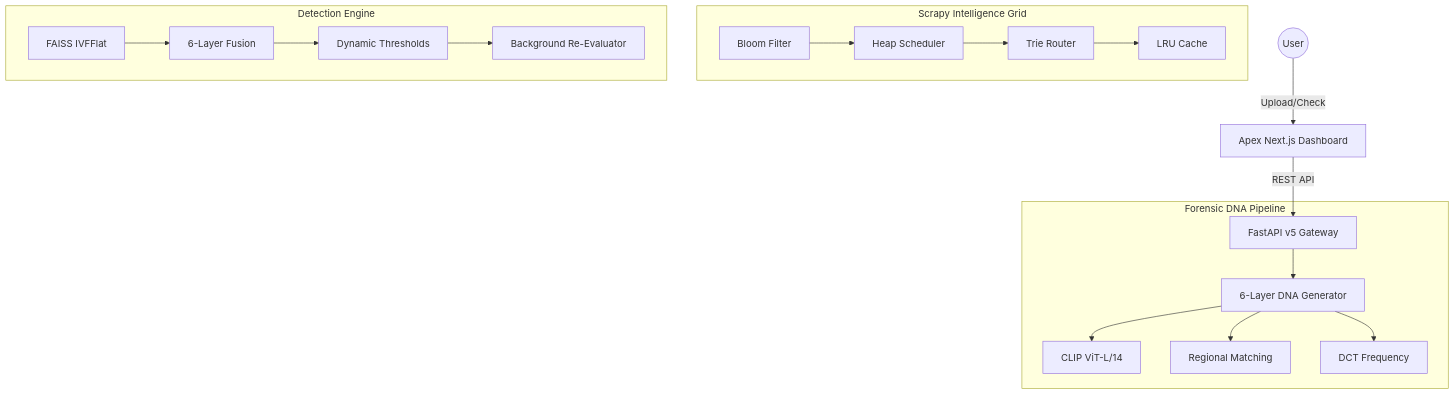
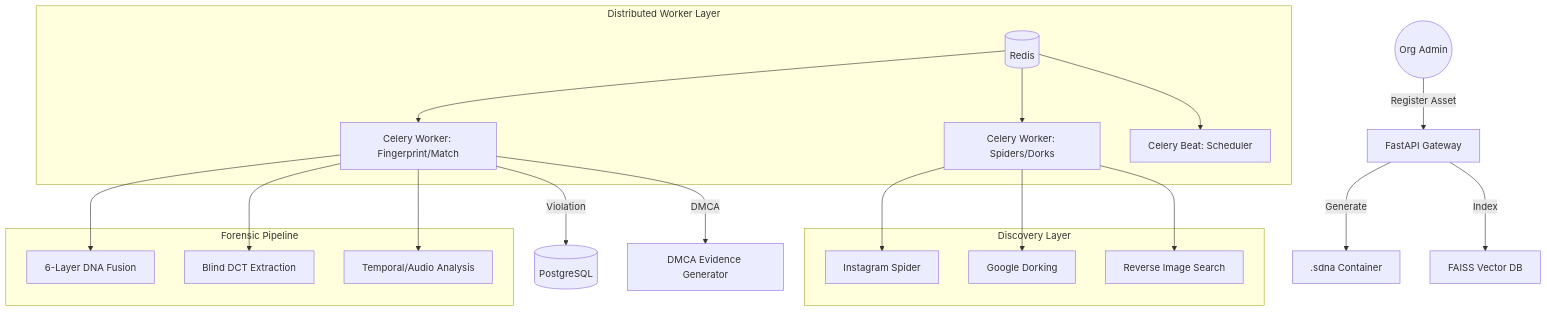
Before and after one commit to shinchxn/Real-Time-tracking: the diagram in README.md, drawn with Mermaid. The commit also changed other lines of this file and 222 other files, not shown here.

Commit message:
Upgrade to v7.1: Analog Hole Defense, .sdna containers, and Distributed Worker Architecture

````diff
--- a/README.md
+++ b/README.md
@@ -61,24 +40,27 @@
 ```mermaid
 graph TD
-    User((User)) -->|Upload/Check| UI[Apex Next.js Dashboard]
-    UI -->|REST API| API[FastAPI v5 Gateway]
+    User((Org Admin)) -->|Register Asset| API[FastAPI Gateway]
+    API -->|Generate| SDNA[.sdna Container]
+    API -->|Index| FAISS[FAISS Vector DB]
     
-    subgraph "Scrapy Intelligence Grid"
-        Bloom[Bloom Filter] --> Sched[Heap Scheduler]
-        Sched --> Trie[Trie Router]
-        Trie --> LRU[LRU Cache]
+    subgraph "Distributed Worker Layer"
+        Redis[(Redis)] --> Worker[Celery Worker: Fingerprint/Match]
+        Redis --> Crawler[Celery Worker: Spiders/Dorks]
+        Redis --> Beat[Celery Beat: Scheduler]
     end
     
-    subgraph "Forensic DNA Pipeline"
-        API --> DNA[6-Layer DNA Generator]
-        DNA --> CLIP[CLIP ViT-L/14]
-        DNA --> Reg[Regional Matching]
-        DNA --> DCT[DCT Frequency]
+    subgraph "Discovery Layer"
+        Crawler --> IG[Instagram Spider]
+        Crawler --> Dork[Google Dorking]
+        Crawler --> RIS[Reverse Image Search]
     end
     
-    subgraph "Detection Engine"
-        FAISS[FAISS IVFFlat] --> ReRank[6-Layer Fusion]
-        ReRank --> Dyn[Dynamic Thresholds]
-        Dyn --> BGR[Background Re-Evaluator]
+    subgraph "Forensic Pipeline"
+        Worker --> DNA[6-Layer DNA Fusion]
+        Worker --> Blind[Blind DCT Extraction]
+        Worker --> Analog[Temporal/Audio Analysis]
     end
+    
+    Worker -->|Violation| DB[(PostgreSQL)]
+    Worker -->|DMCA| Gen[DMCA Evidence Generator]
 ```
````
